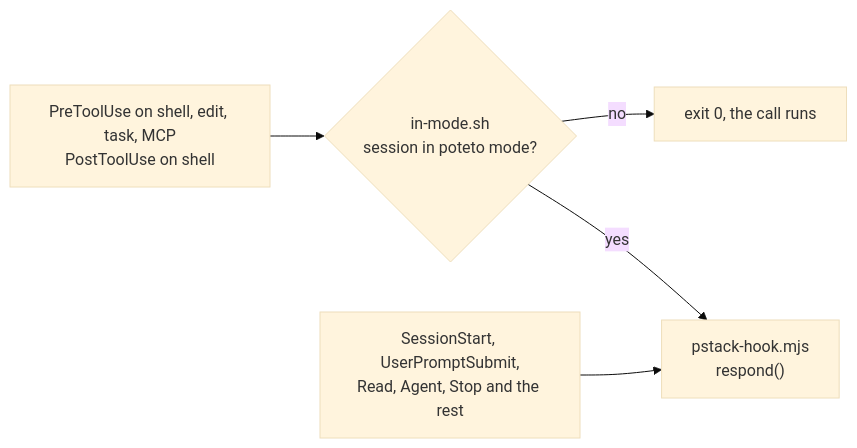
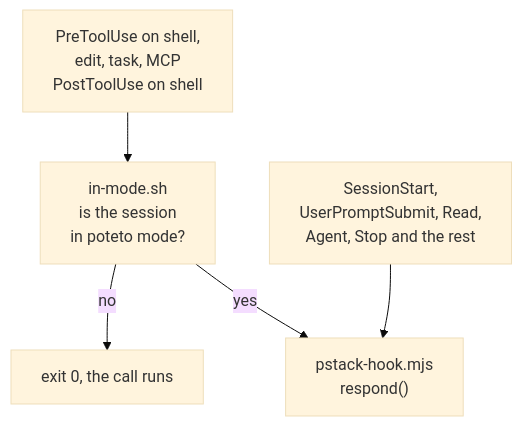
One commit to EvanBatten/pstack-for-cc changed the first of 3 diagrams in README.md. Above: the diagram before and after it, drawn with Mermaid (base theme). The commit also changed other lines of this file and 16 other files, not shown here.

````diff
--- a/README.md
+++ b/README.md
@@ -58,7 +201,7 @@
 ```mermaid
-flowchart LR
-  T["PreToolUse on shell, edit, task, MCP<br/>PostToolUse on shell"] --> F{"in-mode.sh<br/>session in poteto mode?"}
+flowchart TB
+  T["PreToolUse on shell,<br/>edit, task, MCP<br/>PostToolUse on shell"] --> F["in-mode.sh<br/>is the session<br/>in poteto mode?"]
+  O["SessionStart,<br/>UserPromptSubmit, Read,<br/>Agent, Stop and the rest"] --> H
   F -- no --> X["exit 0, the call runs"]
   F -- yes --> H["pstack-hook.mjs<br/>respond()"]
-  O["SessionStart, UserPromptSubmit,<br/>Read, Agent, Stop and the rest"] --> H
 ```
````
